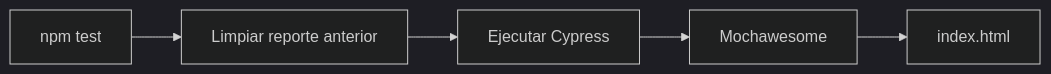
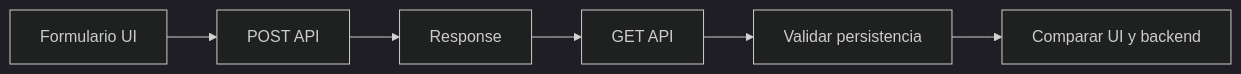
Before and after one commit to MichaelR21z/shady-meadows-bnb-automation: the third of 4 diagrams in README.md, drawn with Mermaid (dark theme). The commit also changed other lines of this file and 1 other file, not shown here.

Commit message:
docs: restore test strategy and update project README

````diff
--- a/README.md
+++ b/README.md
@@ -394,7 +248,8 @@
 ```mermaid
 flowchart LR
-    A[npm test] --> B[Limpiar reporte anterior]
-    B --> C[Ejecutar Cypress]
-    C --> D[Mochawesome]
-    D --> E[index.html]
+    A[Formulario UI] --> B[POST API]
+    B --> C[Response]
+    C --> D[GET API]
+    D --> E[Validar persistencia]
+    E --> F[Comparar UI y backend]
 ```
````
